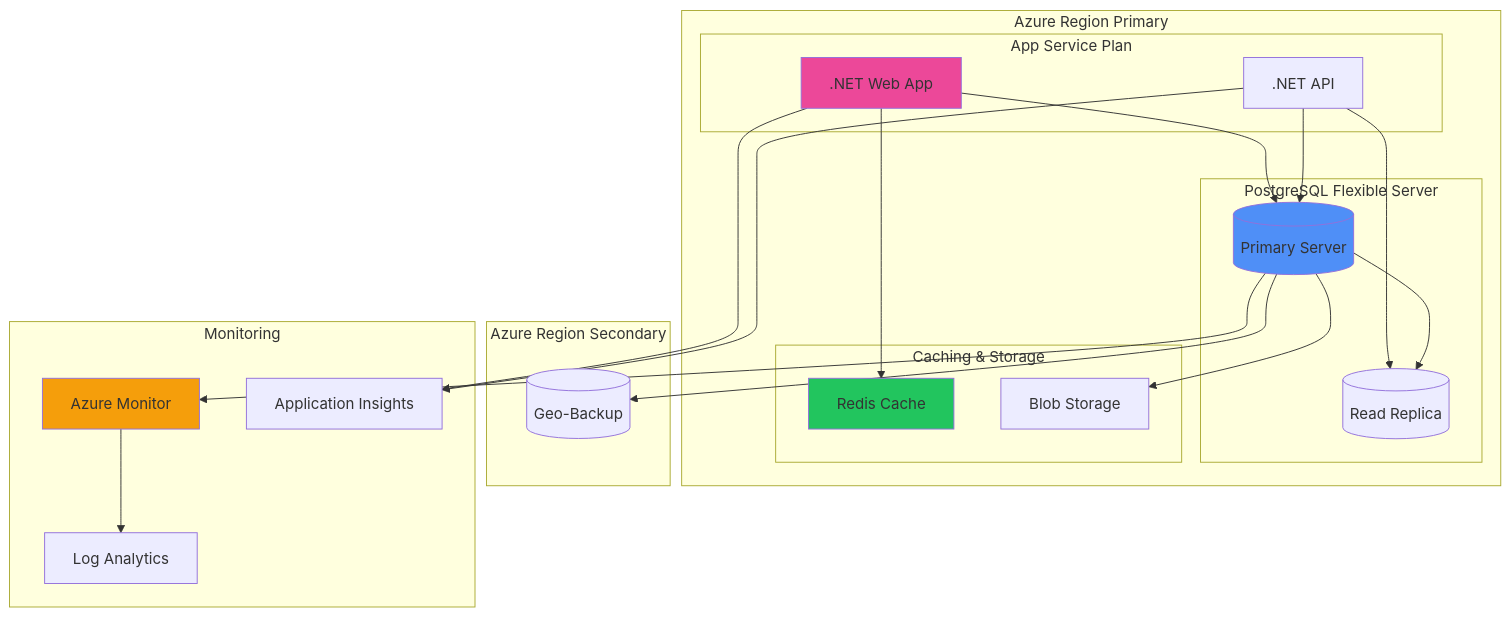
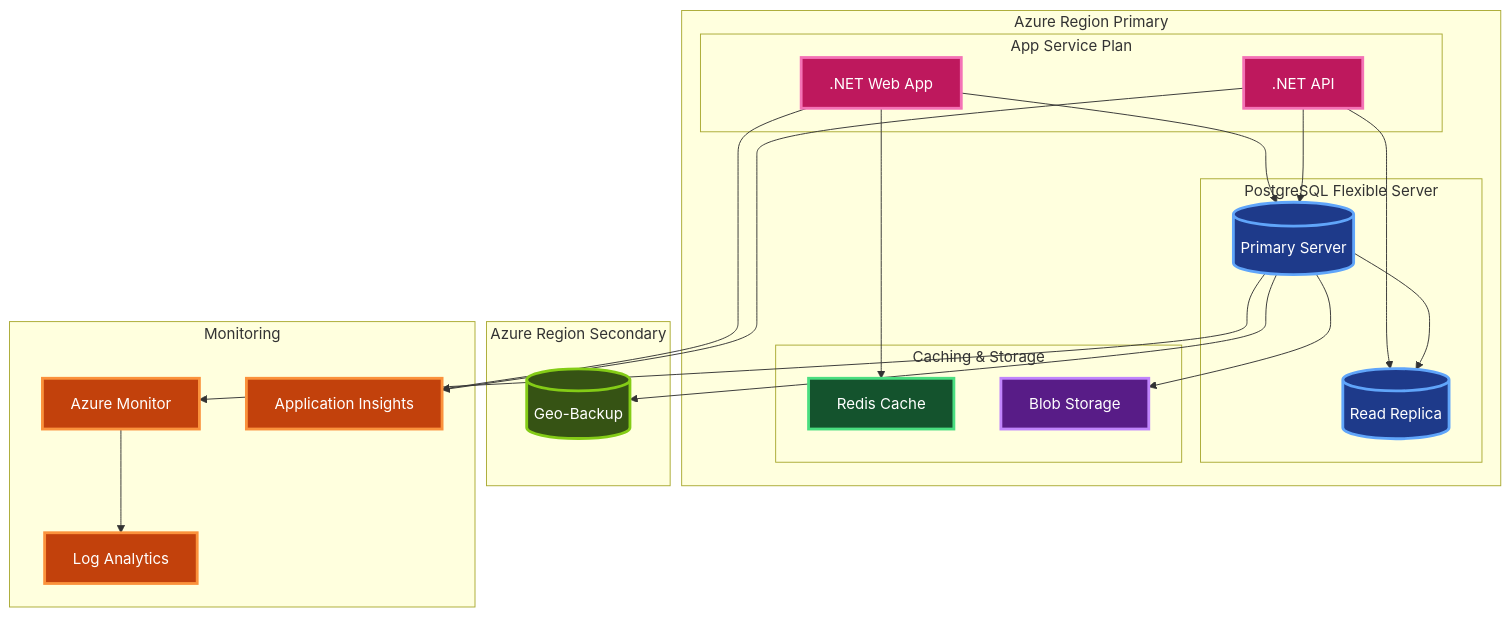
Before and after one commit to mleppedev/aio: the diagram in docs/tablas/postgresql-azure.md, drawn with Mermaid. The commit also changed 16 other files, not shown here.

````diff
--- a/docs/tablas/postgresql-azure.md
+++ b/docs/tablas/postgresql-azure.md
@@ -261,47 +261,56 @@
 ```mermaid
 graph TB
     subgraph "Azure Region Primary"
         subgraph "App Service Plan"
             WebApp[".NET Web App"]
             API[".NET API"]
         end
 
         subgraph "PostgreSQL Flexible Server"
             Primary[(Primary Server)]
             ReadReplica[(Read Replica)]
         end
 
         subgraph "Caching & Storage"
             Redis[Redis Cache]
             BlobStorage[Blob Storage]
         end
     end
 
     subgraph "Azure Region Secondary"
         BackupServer[(Geo-Backup)]
     end
 
     subgraph "Monitoring"
         Monitor[Azure Monitor]
         Insights[Application Insights]
         LogAnalytics[Log Analytics]
     end
 
     WebApp --> Redis
     WebApp --> Primary
     API --> Primary
     API --> ReadReplica
     Primary --> ReadReplica
     Primary --> BlobStorage
     Primary --> BackupServer
 
     Primary --> Monitor
     WebApp --> Insights
     API --> Insights
     Monitor --> LogAnalytics
 
-    style Primary fill:#4f8ff7
-    style Redis fill:#22c55e
-    style WebApp fill:#ec4899
-    style Monitor fill:#f59e0b
+    classDef database fill:#1e3a8a,stroke:#60a5fa,stroke-width:3px,color:#ffffff
+    classDef cache fill:#14532d,stroke:#4ade80,stroke-width:3px,color:#ffffff
+    classDef webapp fill:#be185d,stroke:#f472b6,stroke-width:3px,color:#ffffff
+    classDef monitoring fill:#c2410c,stroke:#fb923c,stroke-width:3px,color:#ffffff
+    classDef storage fill:#581c87,stroke:#c084fc,stroke-width:3px,color:#ffffff
+    classDef backup fill:#365314,stroke:#84cc16,stroke-width:3px,color:#ffffff
+    
+    class Primary,ReadReplica database
+    class Redis cache
+    class WebApp,API webapp
+    class Monitor,Insights,LogAnalytics monitoring
+    class BlobStorage storage
+    class BackupServer backup
 ```
````
